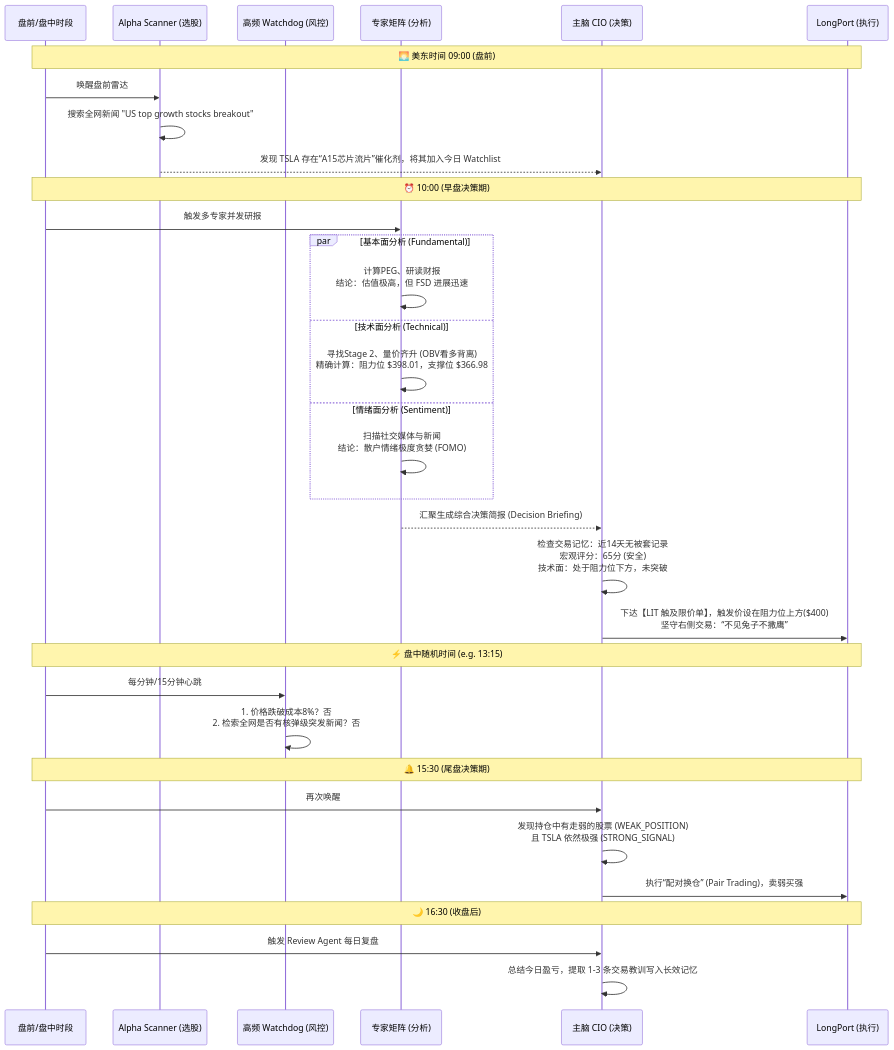
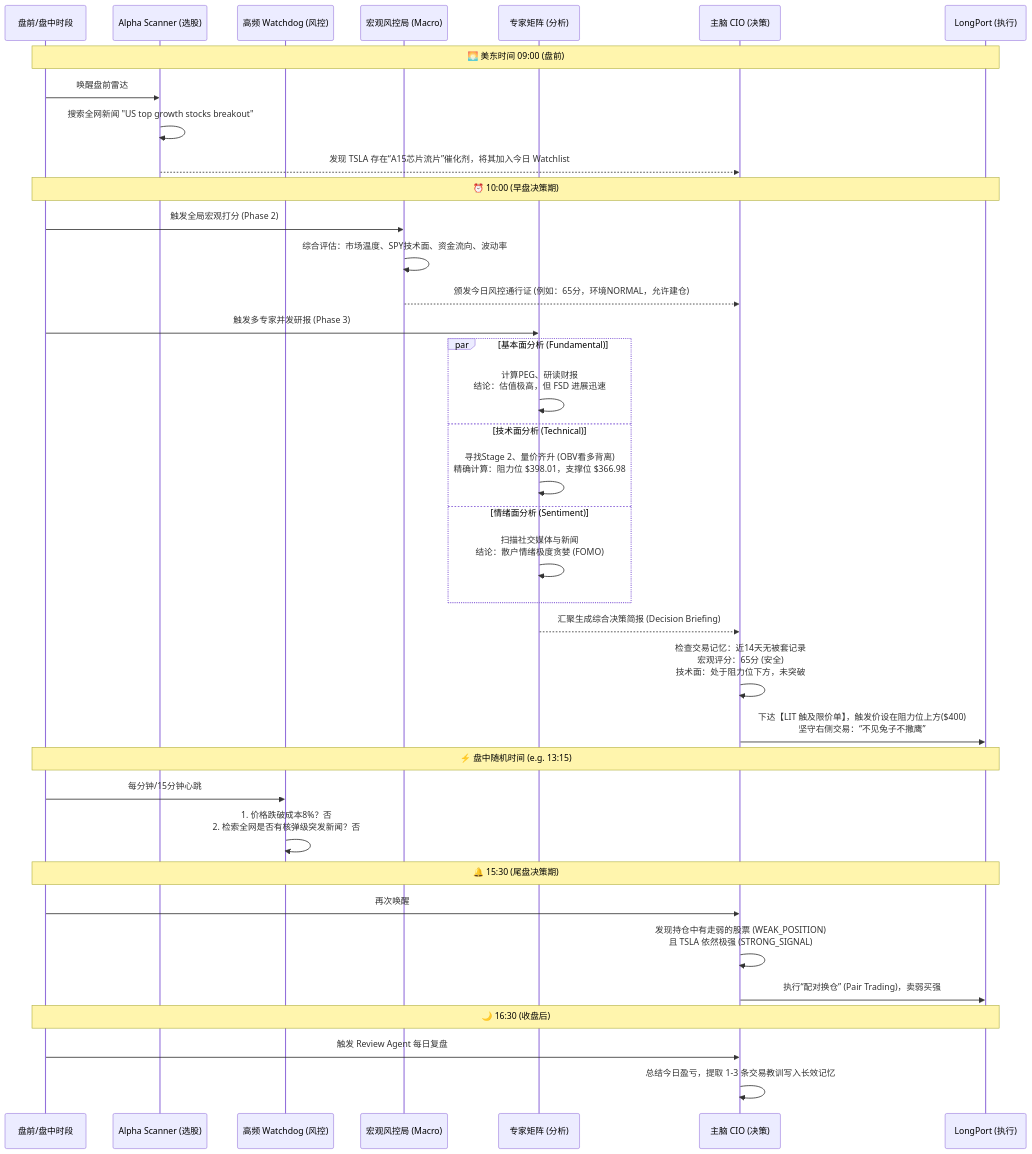
The diagram in README.md (lsluqiye-lab/LP_agent), drawn with Mermaid before and after one commit. The commit also changed other lines of this file, not shown here.

Commit message:
docs: detail expert matrix and MacroRiskManager roles

````diff
--- a/README.md
+++ b/README.md
@@ -13,43 +13,48 @@
 ```mermaid
 sequenceDiagram
     participant Time as 盘前/盘中时段
     participant Phase0 as Alpha Scanner (选股)
     participant WD as 高频 Watchdog (风控)
+    participant Risk as 宏观风控局 (Macro)
     participant Expert as 专家矩阵 (分析)
     participant CIO as 主脑 CIO (决策)
     participant Broker as LongPort (执行)
 
     Note over Time, Broker: 🌅 美东时间 09:00 (盘前)
     Time->>Phase0: 唤醒盘前雷达
     Phase0->>Phase0: 搜索全网新闻 "US top growth stocks breakout"
     Phase0-->>CIO: 发现 TSLA 存在“A15芯片流片”催化剂，将其加入今日 Watchlist
 
     Note over Time, Broker: ⏰ 10:00 (早盘决策期)
-    Time->>Expert: 触发多专家并发研报
+    Time->>Risk: 触发全局宏观打分 (Phase 2)
+    Risk->>Risk: 综合评估：市场温度、SPY技术面、资金流向、波动率
+    Risk-->>CIO: 颁发今日风控通行证 (例如：65分，环境NORMAL，允许建仓)
+    
+    Time->>Expert: 触发多专家并发研报 (Phase 3)
     
     par 基本面分析 (Fundamental)
         Expert->>Expert: 计算PEG、研读财报<br/>结论：估值极高，但 FSD 进展迅速
     and 技术面分析 (Technical)
         Expert->>Expert: 寻找Stage 2、量价齐升 (OBV看多背离)<br/>精确计算：阻力位 $398.01，支撑位 $366.98
     and 情绪面分析 (Sentiment)
         Expert->>Expert: 扫描社交媒体与新闻<br/>结论：散户情绪极度贪婪 (FOMO)
     end
     
     Expert-->>CIO: 汇聚生成综合决策简报 (Decision Briefing)
 
     CIO->>CIO: 检查交易记忆：近14天无被套记录<br/>宏观评分：65分 (安全)<br/>技术面：处于阻力位下方，未突破
     CIO->>Broker: 下达【LIT 触及限价单】，触发价设在阻力位上方($400)<br/>坚守右侧交易：“不见兔子不撒鹰”
 
     Note over Time, Broker: ⚡ 盘中随机时间 (e.g. 13:15)
     Time->>WD: 每分钟/15分钟心跳
     WD->>WD: 1. 价格跌破成本8%？否<br/>2. 检索全网是否有核弹级突发新闻？否
 
     Note over Time, Broker: 🔔 15:30 (尾盘决策期)
     Time->>CIO: 再次唤醒
     CIO->>CIO: 发现持仓中有走弱的股票 (WEAK_POSITION)<br/>且 TSLA 依然极强 (STRONG_SIGNAL)
     CIO->>Broker: 执行“配对换仓” (Pair Trading)，卖弱买强
     
     Note over Time, Broker: 🌙 16:30 (收盘后)
     Time->>CIO: 触发 Review Agent 每日复盘
     CIO->>CIO: 总结今日盈亏，提取 1-3 条交易教训写入长效记忆
 ```
````
